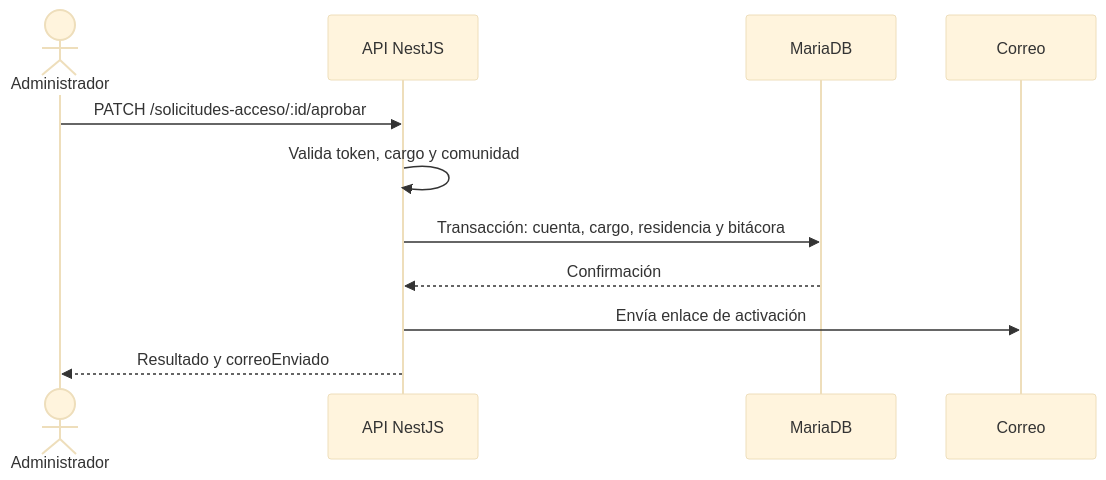
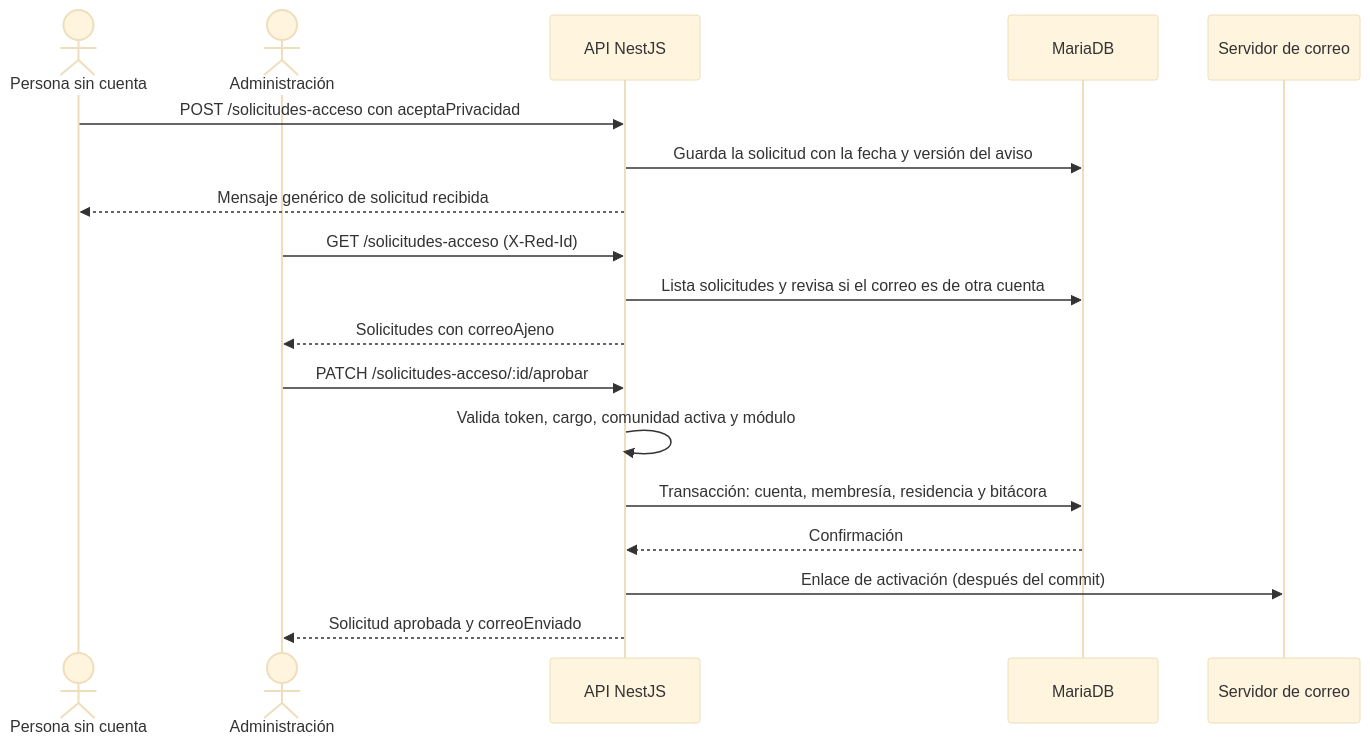
The fourth of 7 diagrams in FASE-2/Evidencias-Proyecto/Documentación/08-diagramas-uml.md (JonasMateosValenzuelaLopez/ProyectoTesis), drawn with Mermaid (base theme) before and after one commit. The commit also changed other lines of this file and 26 other files, not shown here.

````diff
--- a/FASE-2/Evidencias-Proyecto/Documentación/08-diagramas-uml.md
+++ b/FASE-2/Evidencias-Proyecto/Documentación/08-diagramas-uml.md
@@ -96,13 +249,20 @@
 ```mermaid
 sequenceDiagram
-    actor A as Administrador
+    actor V as Persona sin cuenta
+    actor A as Administración
     participant API as API NestJS
     participant B as MariaDB
-    participant M as Correo
+    participant M as Servidor de correo
+    V->>API: POST /solicitudes-acceso con aceptaPrivacidad
+    API->>B: Guarda la solicitud con la fecha y versión del aviso
+    API-->>V: Mensaje genérico de solicitud recibida
+    A->>API: GET /solicitudes-acceso (X-Red-Id)
+    API->>B: Lista solicitudes y revisa si el correo es de otra cuenta
+    API-->>A: Solicitudes con correoAjeno
     A->>API: PATCH /solicitudes-acceso/:id/aprobar
-    API->>API: Valida token, cargo y comunidad
-    API->>B: Transacción: cuenta, cargo, residencia y bitácora
+    API->>API: Valida token, cargo, comunidad activa y módulo
+    API->>B: Transacción: cuenta, membresía, residencia y bitácora
     B-->>API: Confirmación
-    API->>M: Envía enlace de activación
-    API-->>A: Resultado y correoEnviado
+    API->>M: Enlace de activación (después del commit)
+    API-->>A: Solicitud aprobada y correoEnviado
 ```
````
